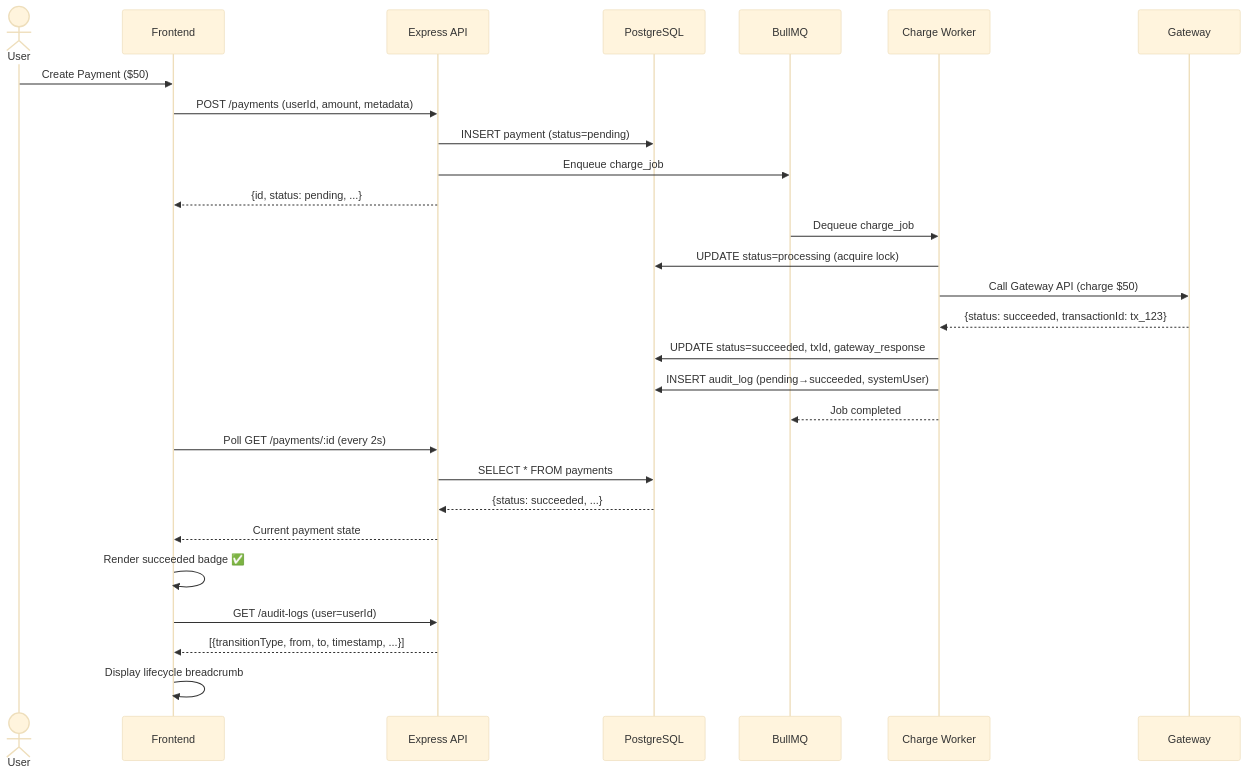
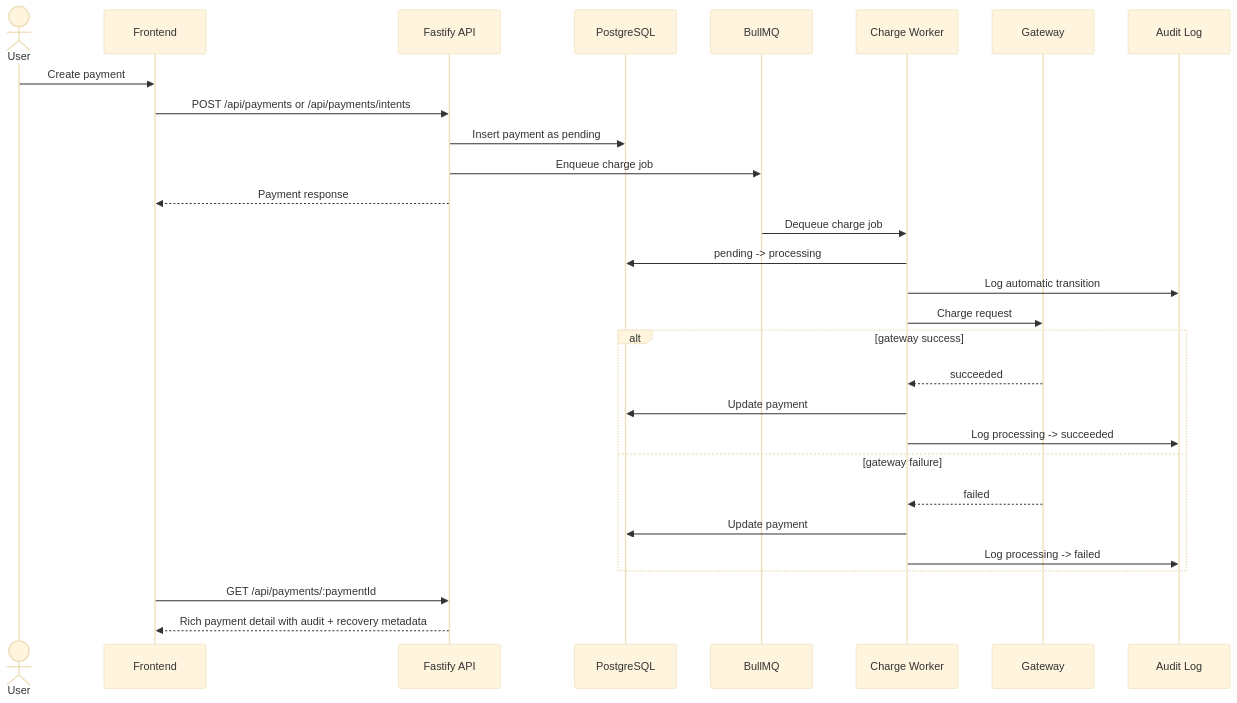
The second of 4 diagrams in README.md (techmedaddy/payeazie), drawn with Mermaid (base theme) before and after one commit. The commit also changed other lines of this file, not shown here.

````diff
--- a/README.md
+++ b/README.md
@@ -58,34 +106,35 @@
 ```mermaid
 sequenceDiagram
-    actor User as User
+    actor User
     participant FE as Frontend
-    participant API as Express API
+    participant API as Fastify API
     participant DB as PostgreSQL
-    participant QUEUE as BullMQ
-    participant WORKER as Charge Worker
+    participant Q as BullMQ
+    participant CW as Charge Worker
     participant GW as Gateway
-    
-    User->>FE: Create Payment ($50)
-    FE->>API: POST /payments (userId, amount, metadata)
-    API->>DB: INSERT payment (status=pending)
-    API->>QUEUE: Enqueue charge_job
-    API-->>FE: {id, status: pending, ...}
-    
-    QUEUE->>WORKER: Dequeue charge_job
-    WORKER->>DB: UPDATE status=processing (acquire lock)
-    WORKER->>GW: Call Gateway API (charge $50)
-    GW-->>WORKER: {status: succeeded, transactionId: tx_123}
-    WORKER->>DB: UPDATE status=succeeded, txId, gateway_response
-    WORKER->>DB: INSERT audit_log (pending→succeeded, systemUser)
-    WORKER-->>QUEUE: Job completed
-    
-    FE->>API: Poll GET /payments/:id (every 2s)
-    API->>DB: SELECT * FROM payments
-    DB-->>API: {status: succeeded, ...}
-    API-->>FE: Current payment state
-    FE->>FE: Render succeeded badge ✅
-    
-    FE->>API: GET /audit-logs (user=userId)
-    API-->>FE: [{transitionType, from, to, timestamp, ...}]
-    FE->>FE: Display lifecycle breadcrumb
+    participant AUDIT as Audit Log
+
+    User->>FE: Create payment
+    FE->>API: POST /api/payments or /api/payments/intents
+    API->>DB: Insert payment as pending
+    API->>Q: Enqueue charge job
+    API-->>FE: Payment response
+
+    Q->>CW: Dequeue charge job
+    CW->>DB: pending -> processing
+    CW->>AUDIT: Log automatic transition
+    CW->>GW: Charge request
+
+    alt gateway success
+        GW-->>CW: succeeded
+        CW->>DB: Update payment
+        CW->>AUDIT: Log processing -> succeeded
+    else gateway failure
+        GW-->>CW: failed
+        CW->>DB: Update payment
+        CW->>AUDIT: Log processing -> failed
+    end
+
+    FE->>API: GET /api/payments/:paymentId
+    API-->>FE: Rich payment detail with audit + recovery metadata
 ```
````
